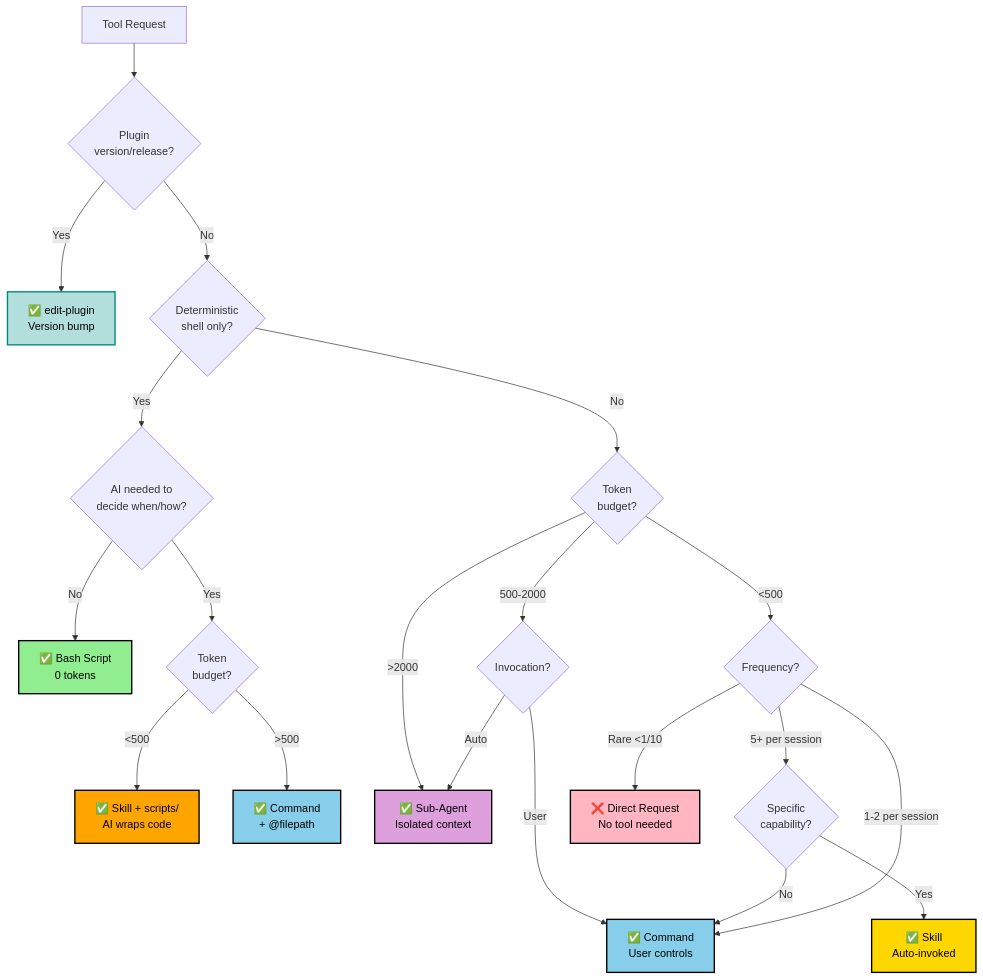
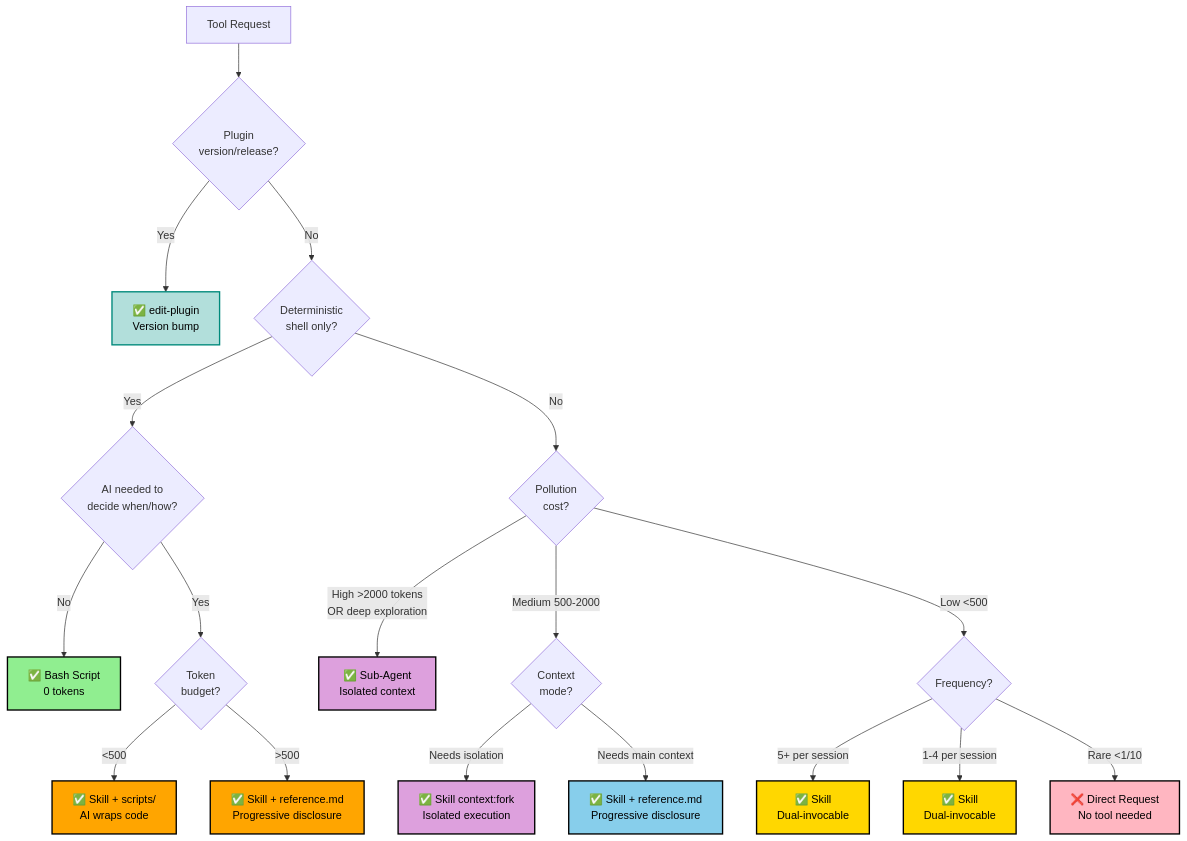
One commit to digital-stoic-org/agent-skills changed the diagram in dstoic/skills/edit-tool/SKILL.md. Above: the diagram before and after it, drawn with Mermaid. The commit also changed other lines of this file and 3 other files, not shown here.

First line of the commit message:
docs(agent-skills): Add credits, lifecycle diagram, marketplace install + edit-tool v2

````diff
--- a/dstoic/skills/edit-tool/SKILL.md
+++ b/dstoic/skills/edit-tool/SKILL.md
@@ -20,33 +20,33 @@
 ```mermaid
 graph TD
     A[Tool Request] --> AA{Plugin<br/>version/release?}
     AA -->|Yes| PLUGIN[✅ edit-plugin<br/>Version bump]
     AA -->|No| B{Deterministic<br/>shell only?}
     B -->|Yes| C{AI needed to<br/>decide when/how?}
     C -->|No| BASH[✅ Bash Script<br/>0 tokens]
     C -->|Yes| D{Token<br/>budget?}
     D -->|<500| WRAP[✅ Skill + scripts/<br/>AI wraps code]
-    D -->|>500| CMD1[✅ Command<br/>+ @filepath]
+    D -->|>500| SKILL_REF[✅ Skill + reference.md<br/>Progressive disclosure]
 
-    B -->|No| E{Token<br/>budget?}
-    E -->|>2000| AGENT[✅ Sub-Agent<br/>Isolated context]
-    E -->|500-2000| F{Invocation?}
-    F -->|User| CMD2[✅ Command<br/>User controls]
-    F -->|Auto| AGENT
+    B -->|No| E{Pollution<br/>cost?}
+    E -->|High >2000 tokens<br/>OR deep exploration| AGENT[✅ Sub-Agent<br/>Isolated context]
+    E -->|Medium 500-2000| F{Context<br/>mode?}
+    F -->|Needs isolation| FORK[✅ Skill context:fork<br/>Isolated execution]
+    F -->|Needs main context| SKILL_BIG[✅ Skill + reference.md<br/>Progressive disclosure]
 
-    E -->|<500| G{Frequency?}
-    G -->|5+ per session| H{Specific<br/>capability?}
-    H -->|Yes| SKILL[✅ Skill<br/>Auto-invoked]
-    H -->|No| CMD2
-    G -->|1-2 per session| CMD2
+    E -->|Low <500| G{Frequency?}
+    G -->|5+ per session| SKILL[✅ Skill<br/>Dual-invocable]
+    G -->|1-4 per session| SKILL_USER[✅ Skill<br/>Dual-invocable]
     G -->|Rare <1/10| DIRECT[❌ Direct Request<br/>No tool needed]
 
     style PLUGIN fill:#B2DFDB,stroke:#00897B,stroke-width:2px,color:#000
     style BASH fill:#90EE90,stroke:#000,stroke-width:2px,color:#000
     style SKILL fill:#FFD700,stroke:#000,stroke-width:2px,color:#000
+    style SKILL_USER fill:#FFD700,stroke:#000,stroke-width:2px,color:#000
     style WRAP fill:#FFA500,stroke:#000,stroke-width:2px,color:#000
-    style CMD1 fill:#87CEEB,stroke:#000,stroke-width:2px,color:#000
-    style CMD2 fill:#87CEEB,stroke:#000,stroke-width:2px,color:#000
+    style SKILL_REF fill:#FFA500,stroke:#000,stroke-width:2px,color:#000
+    style SKILL_BIG fill:#87CEEB,stroke:#000,stroke-width:2px,color:#000
+    style FORK fill:#DDA0DD,stroke:#000,stroke-width:2px,color:#000
     style AGENT fill:#DDA0DD,stroke:#000,stroke-width:2px,color:#000
     style DIRECT fill:#FFB6C1,stroke:#000,stroke-width:2px,color:#000
 ```
````
